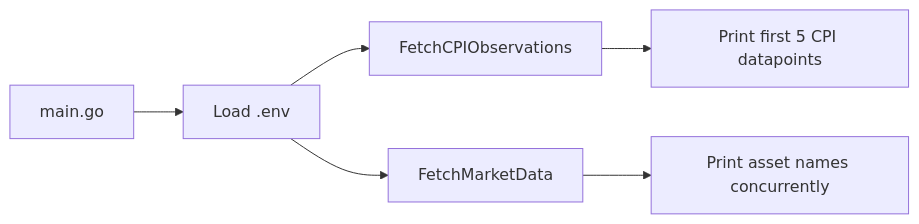
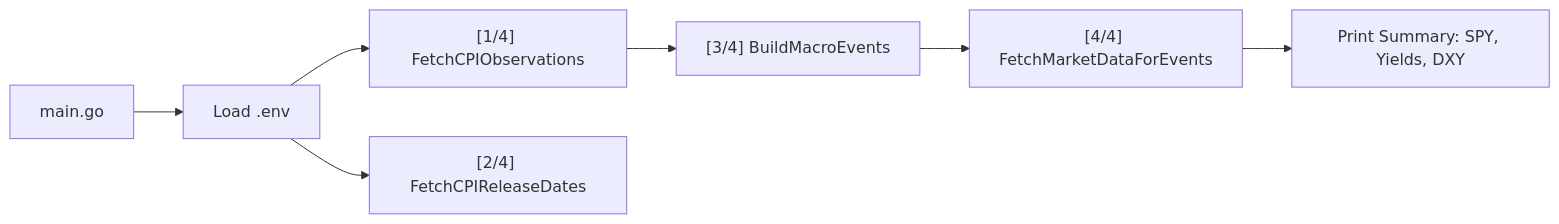
The first of 4 diagrams in walkthrough.md (Srijansarkar17/Real-Time-Macro-Event-Impact-Tracker), drawn with Mermaid before and after one commit. The commit also changed other lines of this file and 8 other files, not shown here.

````diff
--- a/walkthrough.md
+++ b/walkthrough.md
@@ -43,8 +43,9 @@
 ```mermaid
 flowchart LR
     A[main.go] --> B[Load .env]
-    B --> C[FetchCPIObservations]
-    B --> D[FetchMarketData]
-    C --> E[Print first 5 CPI datapoints]
-    D --> F[Print asset names concurrently]
+    B --> C["[1/4] FetchCPIObservations"]
+    B --> D["[2/4] FetchCPIReleaseDates"]
+    C --> E["[3/4] BuildMacroEvents"]
+    E --> F["[4/4] FetchMarketDataForEvents"]
+    F --> G[Print Summary: SPY, Yields, DXY]
 ```
````
